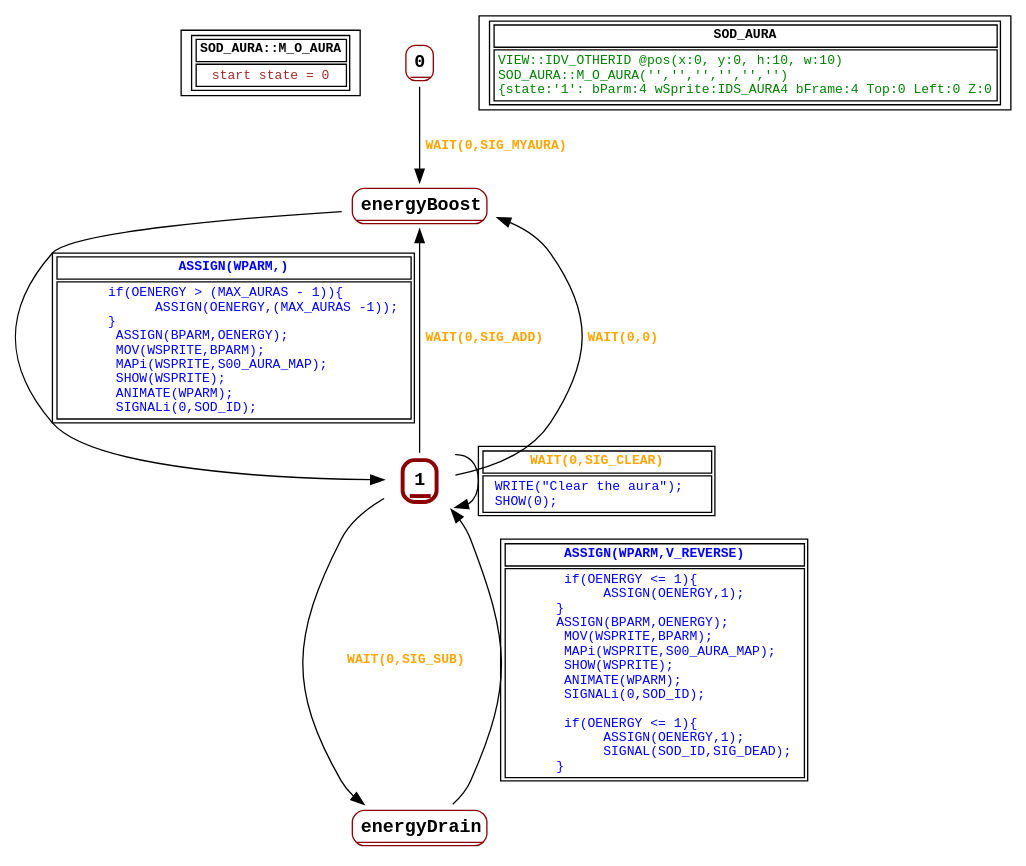
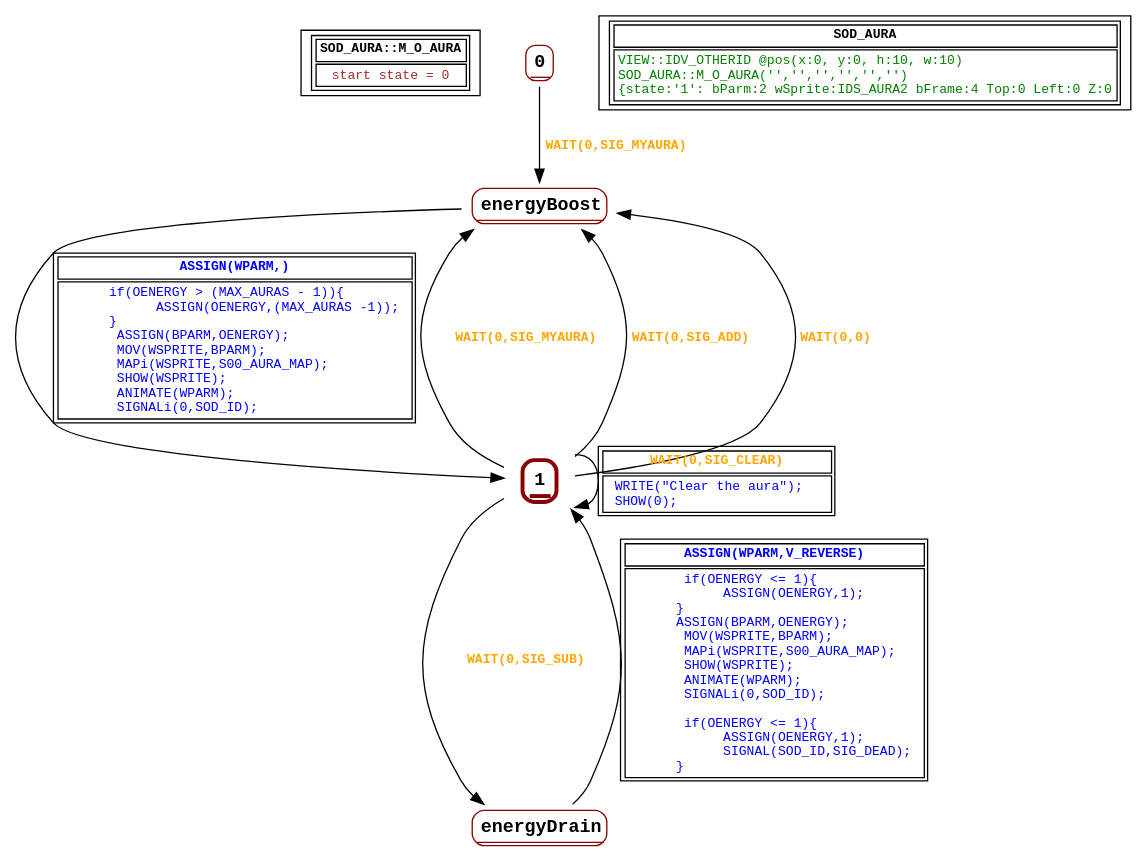
One commit to guy-stewart/AzariaCD changed the diagram in graphs/SOD_AURA.dot. Above: the diagram before and after it, drawn with Graphviz. The commit also changed 33 other files, not shown here.

```diff
--- a/graphs/SOD_AURA.dot
+++ b/graphs/SOD_AURA.dot
@@ -1,39 +1,42 @@
 digraph Automaton {
  fontname="Courier New"
 	node [shape=oval, fontname="Courier New"];
 	filename[shape = record, fontsize=10, label=< <table border="1"><tr><td><b>SOD_AURA::M_O_AURA<br align="left"/></b></td></tr>
 <tr><td><font point-size="10" color ="brown">start state = 0<br align="left"/></font></td></tr></table>>
 ];
 	0[shape = none, fontsize=14, label=< <table border="1" color="darkred" style="rounded"><tr><td sides="b"><b>0<br align="left"/></b></td></tr>
 </table>>];
 "0" -> "energyBoost" [fontcolor=orange,fontsize=10,fontname="Courier New", label=< <table border="0"><tr><td><b>WAIT(0,SIG_MYAURA)<br align="left"/></b></td></tr>
 </table>>
 ];
 	1[shape = none, fontsize=14, label=< <table border="3" color="darkred" style="rounded"><tr><td sides="b"><b>1<br align="left"/></b></td></tr>
 </table>>];
+"1" -> "energyBoost" [fontcolor=orange,fontsize=10,fontname="Courier New", label=< <table border="0"><tr><td><b>WAIT(0,SIG_MYAURA)<br align="left"/></b></td></tr>
+</table>>
+];
 "1" -> "energyBoost" [fontcolor=orange,fontsize=10,fontname="Courier New", label=< <table border="0"><tr><td><b>WAIT(0,SIG_ADD)<br align="left"/></b></td></tr>
 </table>>
 ];
 "1" -> "energyDrain" [fontcolor=orange,fontsize=10,fontname="Courier New", label=< <table border="0"><tr><td><b>WAIT(0,SIG_SUB)<br align="left"/></b></td></tr>
 </table>>
 ];
 "1" -> "1" [fontcolor=orange,fontsize=10,fontname="Courier New", label=< <table border="1"><tr><td><b>WAIT(0,SIG_CLEAR)<br align="left"/></b></td></tr>
 <tr><td><font point-size="10" color ="blue">  WRITE(&quot;Clear the aura&quot;);  <br align="left"/>  SHOW(0);<br align="left"/></font></td></tr></table>>
 ];
 "1" -> "energyBoost" [fontcolor=orange,fontsize=10,fontname="Courier New", label=< <table border="0"><tr><td><b>WAIT(0,0)<br align="left"/></b></td></tr>
 </table>>
 ];
 	energyBoost[shape = none, fontsize=14, label=< <table border="1" color="darkred" style="rounded"><tr><td sides="b"><b>energyBoost<br align="left"/></b></td></tr>
 </table>>];
 "energyBoost" -> "1" [fontcolor=blue,fontsize=10,fontname="Courier New", label=< <table border="1"><tr><td><b>ASSIGN(WPARM,)<br align="left"/></b></td></tr>
 <tr><td><font point-size="10" color ="blue">       if(OENERGY &gt; (MAX_AURAS - 1))&#123;<br align="left"/>             ASSIGN(OENERGY,(MAX_AURAS -1));<br align="left"/>       &#125;<br align="left"/>        ASSIGN(BPARM,OENERGY);<br align="left"/>        MOV(WSPRITE,BPARM);<br align="left"/>        MAPi(WSPRITE,S00_AURA_MAP);<br align="left"/>        SHOW(WSPRITE);<br align="left"/>        ANIMATE(WPARM);<br align="left"/>        SIGNALi(0,SOD_ID);<br align="left"/></font></td></tr></table>>
 ];
 	energyDrain[shape = none, fontsize=14, label=< <table border="1" color="darkred" style="rounded"><tr><td sides="b"><b>energyDrain<br align="left"/></b></td></tr>
 </table>>];
 "energyDrain" -> "1" [fontcolor=blue,fontsize=10,fontname="Courier New", label=< <table border="1"><tr><td><b>ASSIGN(WPARM,V_REVERSE)<br align="left"/></b></td></tr>
 <tr><td><font point-size="10" color ="blue">        if(OENERGY &lt;= 1)&#123;<br align="left"/>             ASSIGN(OENERGY,1);<br align="left"/>       &#125;      <br align="left"/>       ASSIGN(BPARM,OENERGY);<br align="left"/>        MOV(WSPRITE,BPARM);<br align="left"/>        MAPi(WSPRITE,S00_AURA_MAP);<br align="left"/>        SHOW(WSPRITE);<br align="left"/>        ANIMATE(WPARM);<br align="left"/>        SIGNALi(0,SOD_ID);<br align="left"/>        <br align="left"/>        if(OENERGY &lt;= 1)&#123;<br align="left"/>             ASSIGN(OENERGY,1);<br align="left"/>             SIGNAL(SOD_ID,SIG_DEAD);<br align="left"/>       &#125;   <br align="left"/></font></td></tr></table>>
 ];
 	status[shape = record, fontsize=10, label=< <table border="1"><tr><td><b>SOD_AURA<br align="left"/></b></td></tr>
-<tr><td><font point-size="10" color ="green">VIEW::IDV_OTHERID @pos(x:0, y:0, h:10, w:10)<br align="left"/>SOD_AURA::M_O_AURA(&apos;&apos;,&apos;&apos;,&apos;&apos;,&apos;&apos;,&apos;&apos;,&apos;&apos;)<br align="left"/>			&#123;state:&apos;1&apos;: bParm:4 wSprite:IDS_AURA4 bFrame:4 Top:0 Left:0 Z:0<br align="left"/></font></td></tr></table>>
+<tr><td><font point-size="10" color ="green">VIEW::IDV_OTHERID @pos(x:0, y:0, h:10, w:10)<br align="left"/>SOD_AURA::M_O_AURA(&apos;&apos;,&apos;&apos;,&apos;&apos;,&apos;&apos;,&apos;&apos;,&apos;&apos;)<br align="left"/>			&#123;state:&apos;1&apos;: bParm:2 wSprite:IDS_AURA2 bFrame:4 Top:0 Left:0 Z:0<br align="left"/></font></td></tr></table>>
 ];
 }
```
